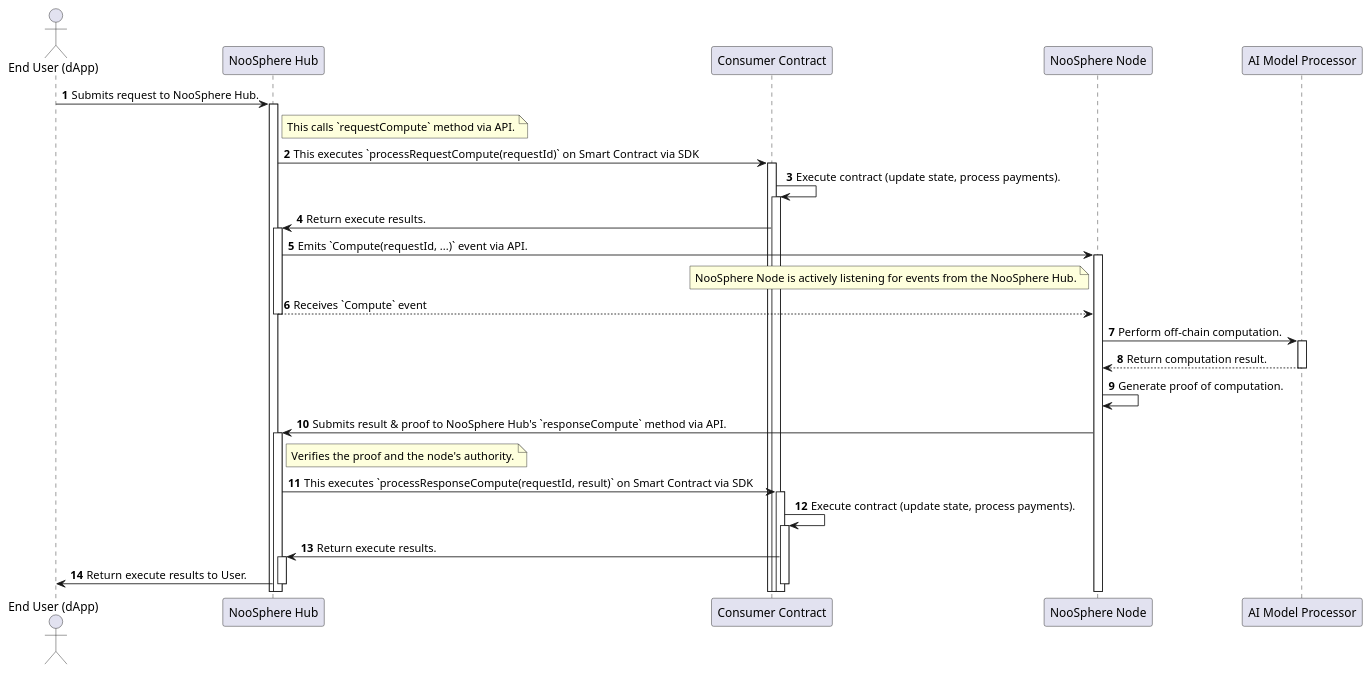
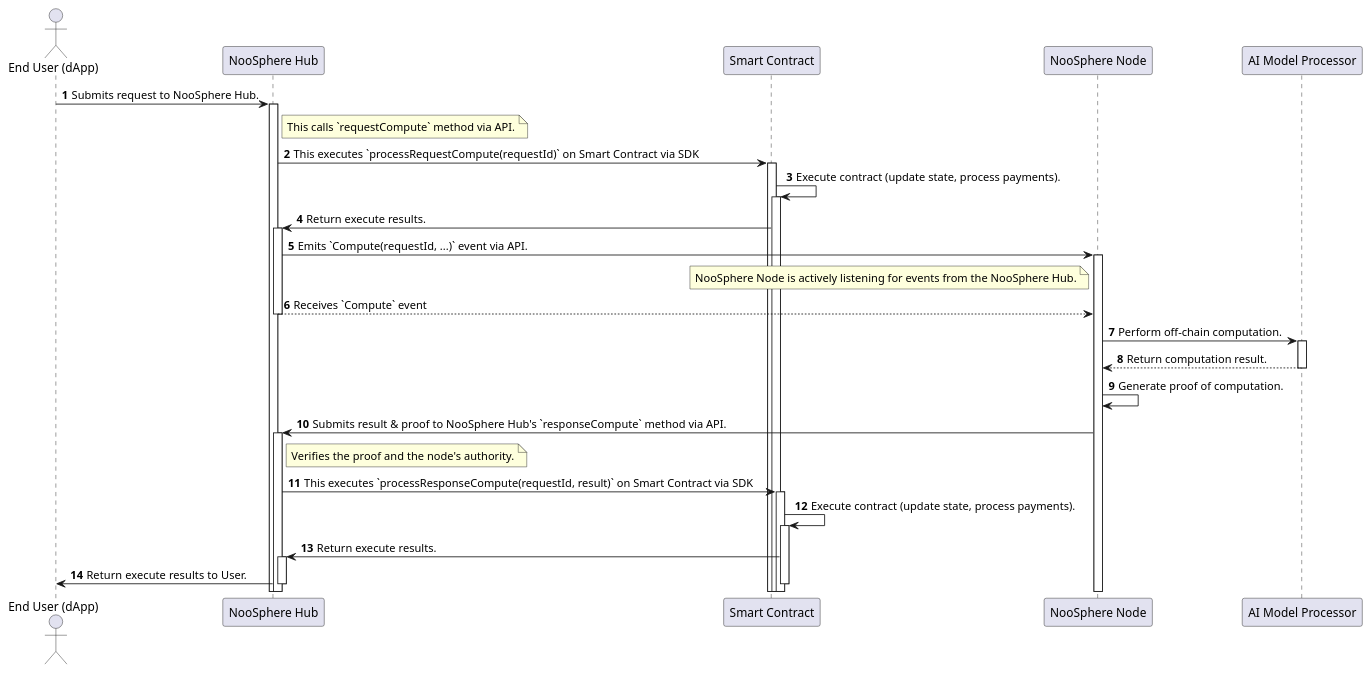
Before and after one commit to hpp-io/noosphere: the diagram in NooSphere_Sequence_1.puml, drawn with PlantUML.

Commit message:
HPP-14, HPP-1 added sequence diagram

```diff
--- a/NooSphere_Sequence_1.puml
+++ b/NooSphere_Sequence_1.puml
@@ -1,41 +1,41 @@
 @startuml
 autonumber
 
 actor "End User (dApp)" as User
 participant "NooSphere Hub" as Chain
-participant "Consumer Contract" as Contract
+participant "Smart Contract" as Contract
 participant "NooSphere Node" as Node
 participant "AI Model Processor" as AI
 
 User -> Chain ++: Submits request to NooSphere Hub.
 note right of Chain: This calls `requestCompute` method via API.
 
 Chain -> Contract ++: This executes `processRequestCompute(requestId)` on Smart Contract via SDK
 
 Contract -> Contract ++: Execute contract (update state, process payments).
 
 Contract -> Chain ++: Return execute results.
 
 Chain -> Node ++: Emits `Compute(requestId, ...)` event via API.
 note left of Node: NooSphere Node is actively listening for events from the NooSphere Hub.
 Chain --> Node --: Receives `Compute` event
 
 Node -> AI ++: Perform off-chain computation.
 AI --> Node --: Return computation result.
 
 Node -> Node: Generate proof of computation.
 
 Node -> Chain ++: Submits result & proof to NooSphere Hub's `responseCompute` method via API.
 note right of Chain: Verifies the proof and the node's authority.
 
 Chain -> Contract ++: This executes `processResponseCompute(requestId, result)` on Smart Contract via SDK
 Contract -> Contract ++: Execute contract (update state, process payments).
 
 Contract -> Chain ++: Return execute results.
 Chain -> User: Return execute results to User.
 
 deactivate Contract
 
 deactivate Chain
 
 @enduml
```
